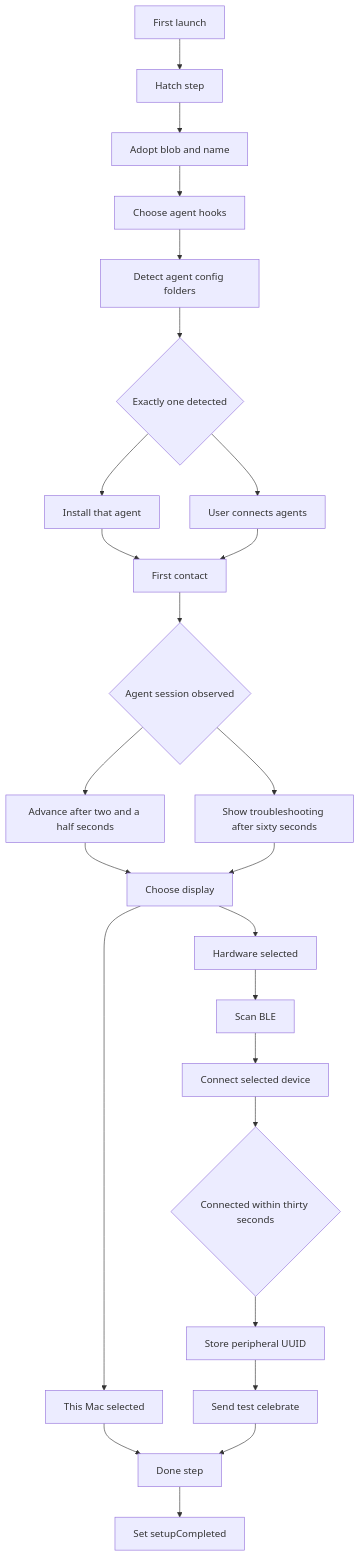
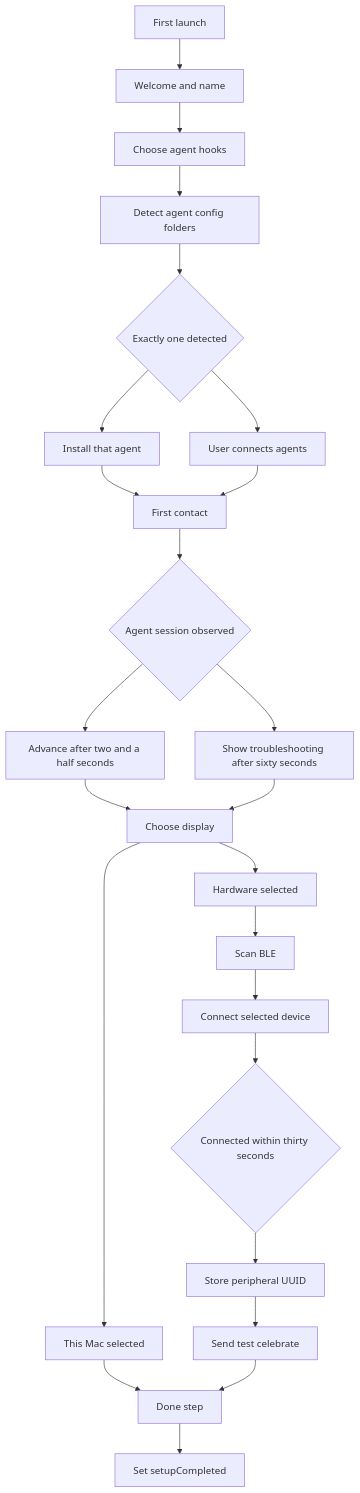
Before and after one commit to chicco4life/buddygotchi: the sixth of 9 diagrams in research/eng/ARCHITECTURE-APP.md, drawn with Mermaid. The commit also changed other lines of this file and 2 other files, not shown here.

````diff
--- a/research/eng/ARCHITECTURE-APP.md
+++ b/research/eng/ARCHITECTURE-APP.md
@@ -406,27 +407,26 @@
 ```mermaid
 flowchart TD
-    FirstLaunch[First launch] --> Hatch[Hatch step]
-    Hatch --> Adopt[Adopt blob and name]
-    Adopt --> Agents[Choose agent hooks]
+    FirstLaunch[First launch] --> Welcome[Welcome and name]
+    Welcome --> Agents[Choose agent hooks]
     Agents --> DetectAgents[Detect agent config folders]
     DetectAgents --> AutoInstall{Exactly one detected}
     AutoInstall --> InstallOne[Install that agent]
     AutoInstall --> ManualInstall[User connects agents]
     InstallOne --> FirstContact[First contact]
     ManualInstall --> FirstContact
     FirstContact --> Heard{Agent session observed}
     Heard --> AdvanceSoon[Advance after two and a half seconds]
     Heard --> Troubleshoot[Show troubleshooting after sixty seconds]
     AdvanceSoon --> Display[Choose display]
     Troubleshoot --> Display
     Display --> ThisMac[This Mac selected]
     Display --> Hardware[Hardware selected]
     Hardware --> Scan[Scan BLE]
     Scan --> Pair[Connect selected device]
     Pair --> Connected{Connected within thirty seconds}
     Connected --> StoreUUID[Store peripheral UUID]
     StoreUUID --> TestCelebrate[Send test celebrate]
     ThisMac --> Done[Done step]
     TestCelebrate --> Done
     Done --> Complete[Set setupCompleted]
 ```
````
